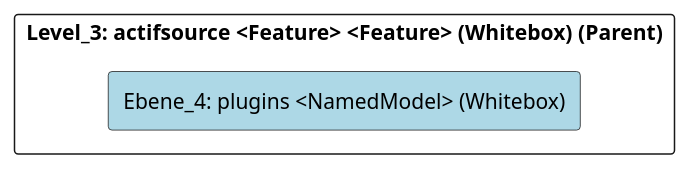
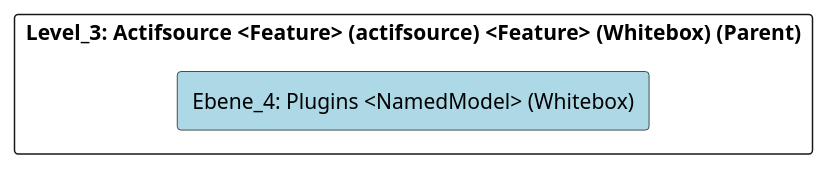
The diagram in doc/cleonproject_deliverables_architecture_model_architecture/adoc/de/05_bausteinsicht/cleon/applications/actifsource/modelplugins/ebene_4_model.plugins.adoc (marcozwyssig/cleon), drawn with PlantUML before and after one commit. The commit also changed other lines of this file and 166 other files, not shown here.

```diff
--- a/doc/cleonproject_deliverables_architecture_model_architecture/adoc/de/05_bausteinsicht/cleon/applications/actifsource/modelplugins/ebene_4_model.plugins.adoc
+++ b/doc/cleonproject_deliverables_architecture_model_architecture/adoc/de/05_bausteinsicht/cleon/applications/actifsource/modelplugins/ebene_4_model.plugins.adoc
@@ -20,24 +20,24 @@
-[plantuml, Ebene_4: plugins <NamedModel> (Whitebox)BlockOverview, format="svg"]
+[plantuml, Ebene_4: Plugins <NamedModel> (Whitebox)BlockOverview, format="svg"]
 ----
-@startuml Ebene_4: plugins <NamedModel> (Whitebox)BuildingBlockOverview
+@startuml Ebene_4: Plugins <NamedModel> (Whitebox)BuildingBlockOverview
 
 skinparam ranksep 10
 skinparam componentStyle rectangle
 skinparam shadowing false
 skinparam arrowColor lightblue
 skinparam arrowThickness 1.2
 skinparam rectangle {
   BackgroundColor White
   BorderColor #333
   RoundCorner 10
 }
 top to bottom direction
 
-component "Level_3: actifsource <Feature> <Feature> (Whitebox) (Parent)" {
-    component "Ebene_4: plugins <NamedModel> (Whitebox)" #lightblue {
+component "Level_3: Actifsource <Feature> (actifsource) <Feature> (Whitebox) (Parent)" {
+    component "Ebene_4: Plugins <NamedModel> (Whitebox)" #lightblue {
     }
 
 }
 
 @enduml
 ----
```
